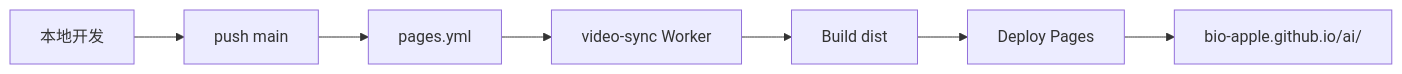
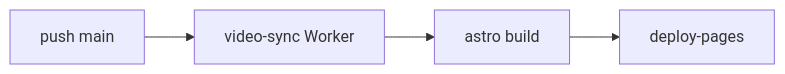
Before and after one commit to bio-apple/ai: the diagram in docs/CI-CD.md, drawn with Mermaid. The commit also changed other lines of this file and 10 other files, not shown here.

````diff
--- a/docs/CI-CD.md
+++ b/docs/CI-CD.md
@@ -7,9 +5,6 @@
 ```mermaid
 flowchart LR
-  A[本地开发] --> B[push main]
-  B --> C[pages.yml]
-  C --> D[video-sync Worker]
-  D --> E[Build dist]
-  E --> F[Deploy Pages]
-  F --> G[bio-apple.github.io/ai/]
+  A[push main] --> B[video-sync Worker]
+  B --> C[astro build]
+  C --> D[deploy-pages]
 ```
````
